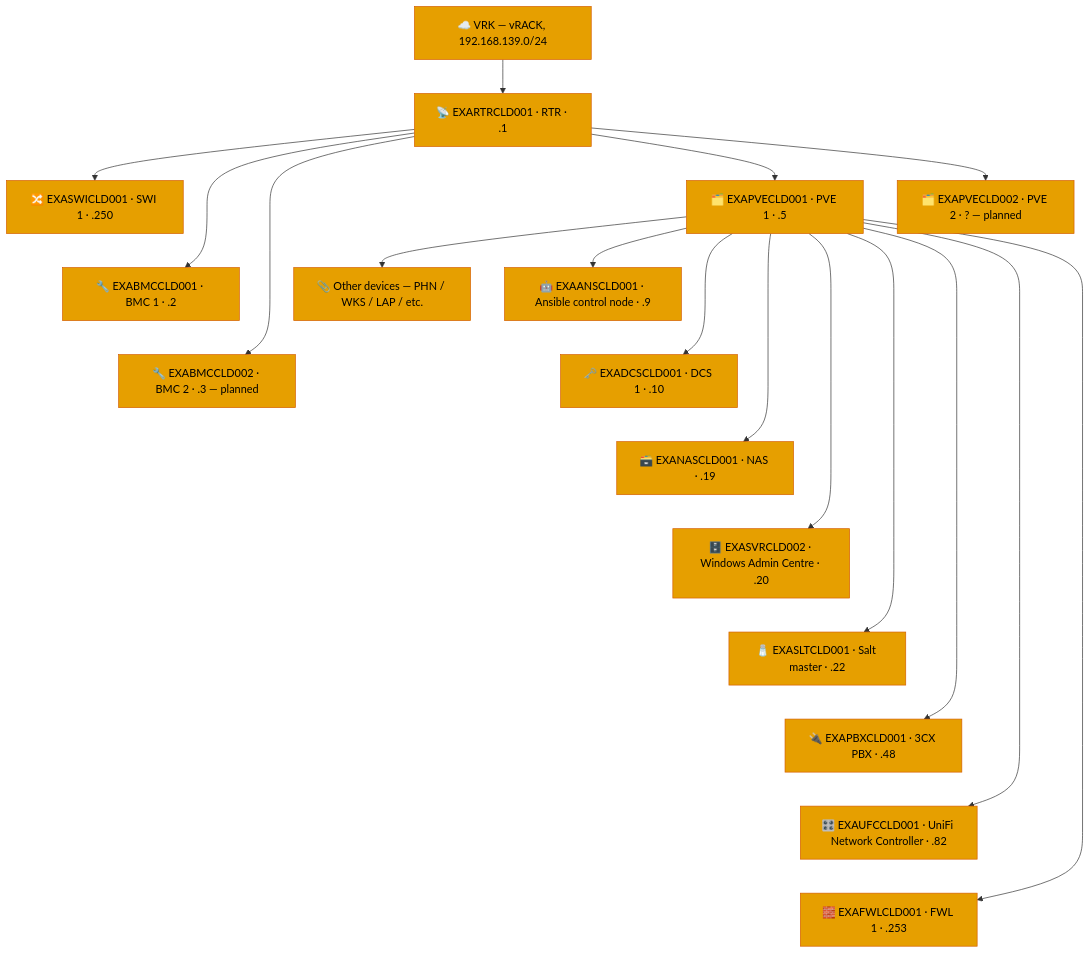
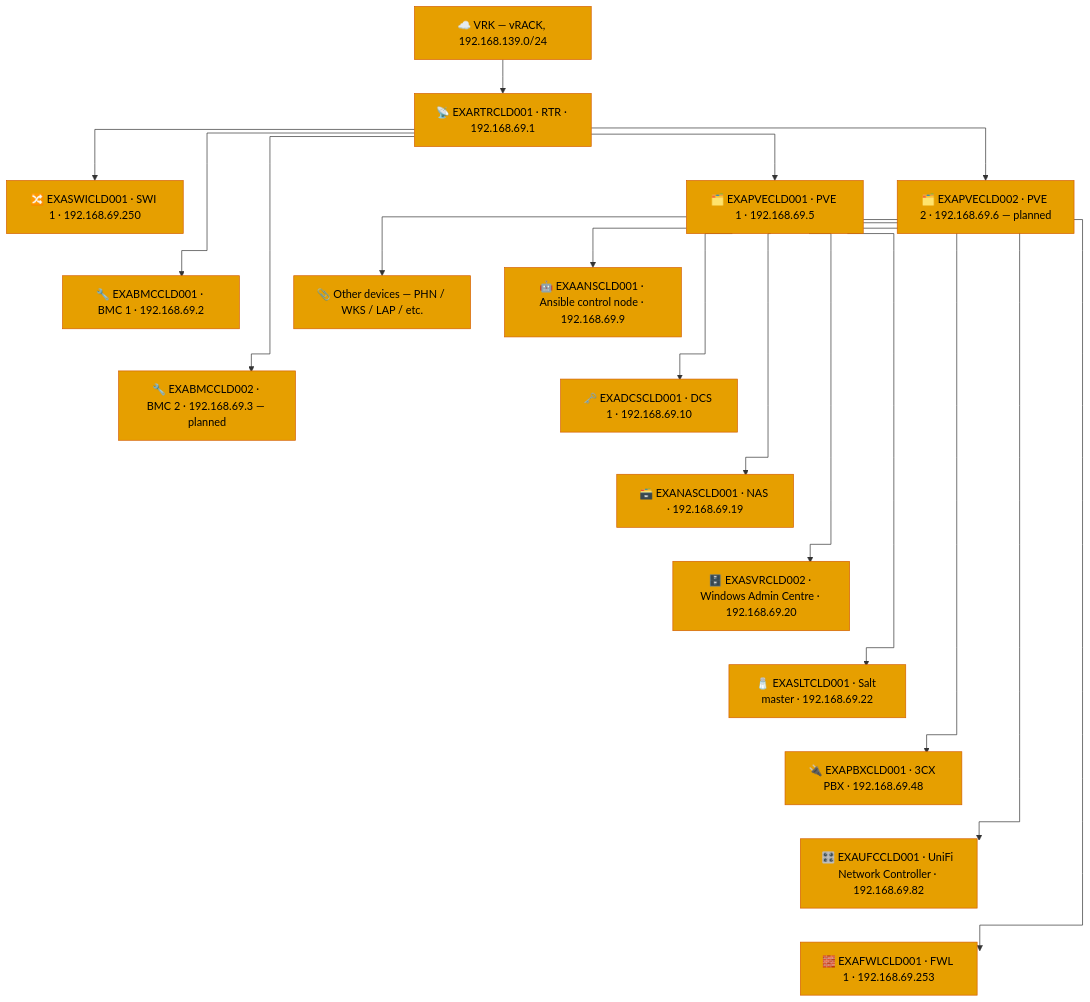
The second of 2 diagrams in docs/network-diagram/cld.md (knightmare2600/example_music_infra), drawn with Mermaid before and after one commit.

Commit message:
docs/network-diagram/cld.md: restore full IPs in CLD topology sketch labels
Robert: bare octets are ambiguous about which subnet, restore full IPs
as drawn in his original sketch. Filled from generate_inventory.py's
confirmed standard-slot data. Two flagged deviations from his sketch:
EXASWICLD001 is confirmed 192.168.69.250 (CLD LAN) not the 192.168.139.x
his sketch guessed; EXAPVECLD002 (planned, not yet built) filled as
192.168.69.6 per the standard PVE slot range since his sketch had it
as "?".

````diff
--- a/docs/network-diagram/cld.md
+++ b/docs/network-diagram/cld.md
@@ -57,61 +57,62 @@
 ```mermaid
+%%{init: {'flowchart': {'curve': 'stepAfter'}}}%%
 graph TD
     T_VRK["☁️ VRK — vRACK, 192.168.139.0/24"]
-    T_RTR["📡 EXARTRCLD001 · RTR · .1"]
-    T_SWI["🔀 EXASWICLD001 · SWI 1 · .250"]
-    T_BMC1["🔧 EXABMCCLD001 · BMC 1 · .2"]
-    T_BMC2["🔧 EXABMCCLD002 · BMC 2 · .3 — planned"]
-    T_PVE1["🗂️ EXAPVECLD001 · PVE 1 · .5"]
-    T_PVE2["🗂️ EXAPVECLD002 · PVE 2 · ? — planned"]
+    T_RTR["📡 EXARTRCLD001 · RTR · 192.168.69.1"]
+    T_SWI["🔀 EXASWICLD001 · SWI 1 · 192.168.69.250"]
+    T_BMC1["🔧 EXABMCCLD001 · BMC 1 · 192.168.69.2"]
+    T_BMC2["🔧 EXABMCCLD002 · BMC 2 · 192.168.69.3 — planned"]
+    T_PVE1["🗂️ EXAPVECLD001 · PVE 1 · 192.168.69.5"]
+    T_PVE2["🗂️ EXAPVECLD002 · PVE 2 · 192.168.69.6 — planned"]
     T_OTHER["📎 Other devices — PHN / WKS / LAP / etc."]
-    T_ANS["🤖 EXAANSCLD001 · Ansible control node · .9"]
-    T_DCS["🗝️ EXADCSCLD001 · DCS 1 · .10"]
-    T_NAS["🗃️ EXANASCLD001 · NAS · .19"]
-    T_SVR["🗄️ EXASVRCLD002 · Windows Admin Centre · .20"]
-    T_SLT["🧂 EXASLTCLD001 · Salt master · .22"]
-    T_PBX["🔌 EXAPBXCLD001 · 3CX PBX · .48"]
-    T_UFC["🎛️ EXAUFCCLD001 · UniFi Network Controller · .82"]
-    T_FWL["🧱 EXAFWLCLD001 · FWL 1 · .253"]
+    T_ANS["🤖 EXAANSCLD001 · Ansible control node · 192.168.69.9"]
+    T_DCS["🗝️ EXADCSCLD001 · DCS 1 · 192.168.69.10"]
+    T_NAS["🗃️ EXANASCLD001 · NAS · 192.168.69.19"]
+    T_SVR["🗄️ EXASVRCLD002 · Windows Admin Centre · 192.168.69.20"]
+    T_SLT["🧂 EXASLTCLD001 · Salt master · 192.168.69.22"]
+    T_PBX["🔌 EXAPBXCLD001 · 3CX PBX · 192.168.69.48"]
+    T_UFC["🎛️ EXAUFCCLD001 · UniFi Network Controller · 192.168.69.82"]
+    T_FWL["🧱 EXAFWLCLD001 · FWL 1 · 192.168.69.253"]
 
     T_VRK --> T_RTR
     T_RTR --> T_SWI
     T_RTR --> T_BMC1
     T_RTR --> T_BMC2
     T_RTR --> T_PVE1
     T_RTR --> T_PVE2
     T_SWI ~~~ T_BMC1
     T_BMC1 ~~~ T_BMC2
     T_PVE1 --> T_OTHER
     T_PVE1 --> T_ANS
     T_ANS ~~~ T_DCS
     T_PVE1 --> T_DCS
     T_DCS ~~~ T_NAS
     T_PVE1 --> T_NAS
     T_NAS ~~~ T_SVR
     T_PVE1 --> T_SVR
     T_SVR ~~~ T_SLT
     T_PVE1 --> T_SLT
     T_SLT ~~~ T_PBX
     T_PVE1 --> T_PBX
     T_PBX ~~~ T_UFC
     T_PVE1 --> T_UFC
     T_UFC ~~~ T_FWL
     T_PVE1 --> T_FWL
 
     style T_VRK fill:#E69F00,stroke:#D55E00,color:#000000
     style T_RTR fill:#E69F00,stroke:#D55E00,color:#000000
     style T_SWI fill:#E69F00,stroke:#D55E00,color:#000000
     style T_BMC1 fill:#E69F00,stroke:#D55E00,color:#000000
     style T_BMC2 fill:#E69F00,stroke:#D55E00,color:#000000
     style T_PVE1 fill:#E69F00,stroke:#D55E00,color:#000000
     style T_PVE2 fill:#E69F00,stroke:#D55E00,color:#000000
     style T_OTHER fill:#E69F00,stroke:#D55E00,color:#000000
     style T_ANS fill:#E69F00,stroke:#D55E00,color:#000000
     style T_DCS fill:#E69F00,stroke:#D55E00,color:#000000
     style T_NAS fill:#E69F00,stroke:#D55E00,color:#000000
     style T_SVR fill:#E69F00,stroke:#D55E00,color:#000000
     style T_SLT fill:#E69F00,stroke:#D55E00,color:#000000
     style T_PBX fill:#E69F00,stroke:#D55E00,color:#000000
     style T_UFC fill:#E69F00,stroke:#D55E00,color:#000000
     style T_FWL fill:#E69F00,stroke:#D55E00,color:#000000
 ```
````
